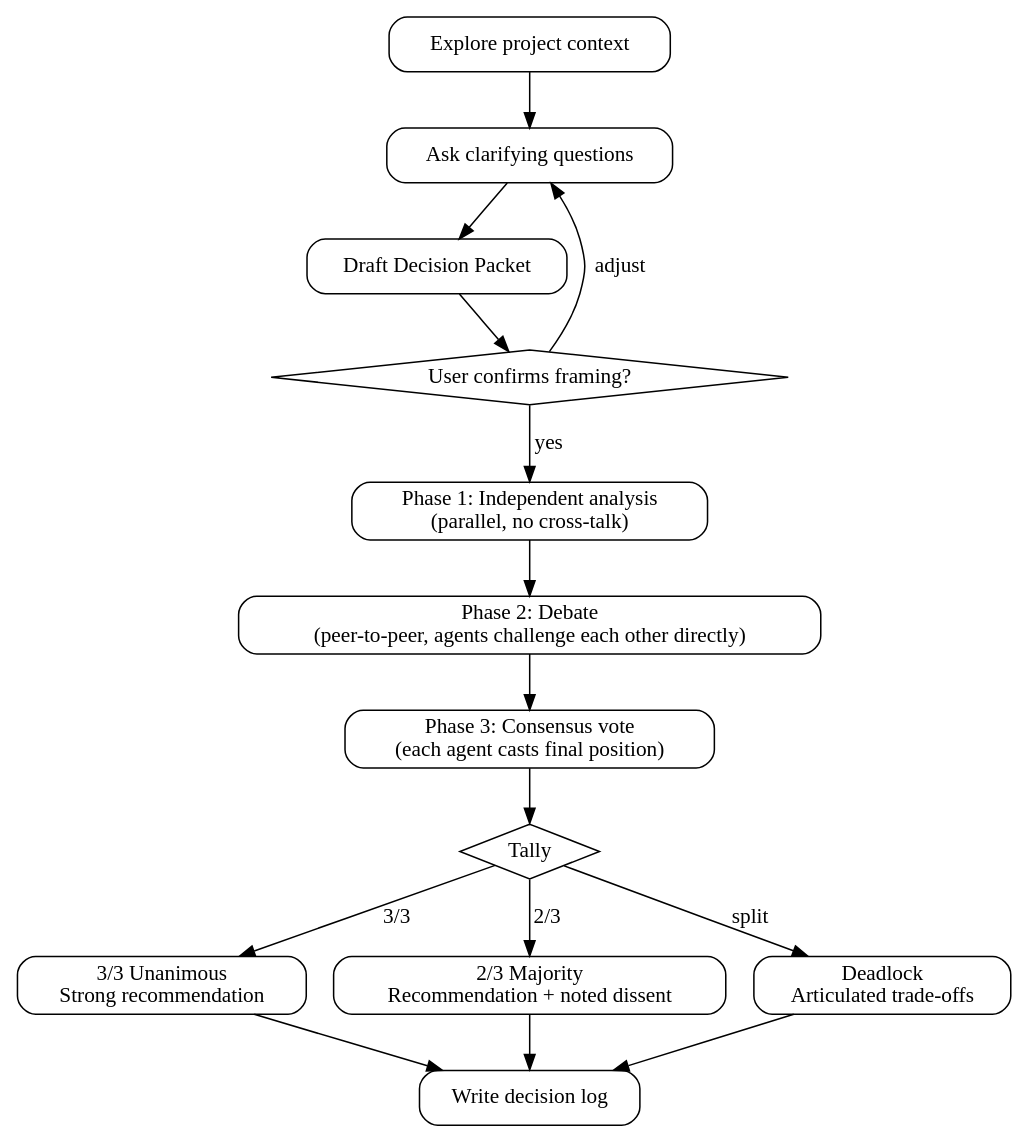
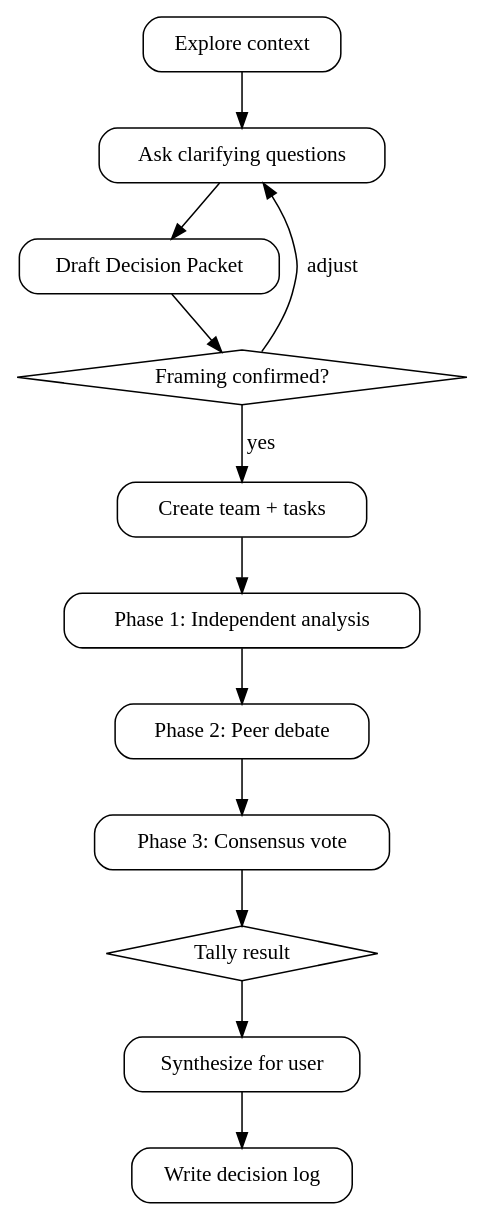
Before and after one commit to vinta/hal-9000: the diagram in skills/magi/SKILL.md, drawn with Graphviz. The commit also changed other lines of this file, not shown here.

````diff
--- a/skills/magi/SKILL.md
+++ b/skills/magi/SKILL.md
@@ -56,30 +71,25 @@
 ```dot
 digraph magi {
     rankdir=TB;
     node [shape=box, style=rounded];
 
-    explore [label="Explore project context"];
-    questions [label="Ask clarifying questions"];
+    explore [label="Explore context"];
+    clarify [label="Ask clarifying questions"];
     packet [label="Draft Decision Packet"];
-    confirm [label="User confirms framing?" shape=diamond style=""];
-    analysis [label="Phase 1: Independent analysis\n(parallel, no cross-talk)"];
-    debate [label="Phase 2: Debate\n(peer-to-peer, agents challenge each other directly)"];
-    vote [label="Phase 3: Consensus vote\n(each agent casts final position)"];
-    tally [label="Tally" shape=diamond style=""];
-    unanimous [label="3/3 Unanimous\nStrong recommendation"];
-    majority [label="2/3 Majority\nRecommendation + noted dissent"];
-    deadlock [label="Deadlock\nArticulated trade-offs"];
+    confirm [label="Framing confirmed?" shape=diamond style=""];
+    spawn [label="Create team + tasks"];
+    analysis [label="Phase 1: Independent analysis"];
+    debate [label="Phase 2: Peer debate"];
+    vote [label="Phase 3: Consensus vote"];
+    tally [label="Tally result" shape=diamond style=""];
+    synth [label="Synthesize for user"];
     log [label="Write decision log"];
 
-    explore -> questions -> packet -> confirm;
-    confirm -> questions [label="adjust"];
-    confirm -> analysis [label="yes"];
-    analysis -> debate -> vote -> tally;
-    tally -> unanimous [label="3/3"];
-    tally -> majority [label="2/3"];
-    tally -> deadlock [label="split"];
-    unanimous -> log;
-    majority -> log;
-    deadlock -> log;
+    explore -> clarify -> packet -> confirm;
+    confirm -> clarify [label="adjust"];
+    confirm -> spawn [label="yes"];
+    spawn -> analysis -> debate -> vote -> tally;
+    tally -> synth;
+    synth -> log;
 }
 ```
````
